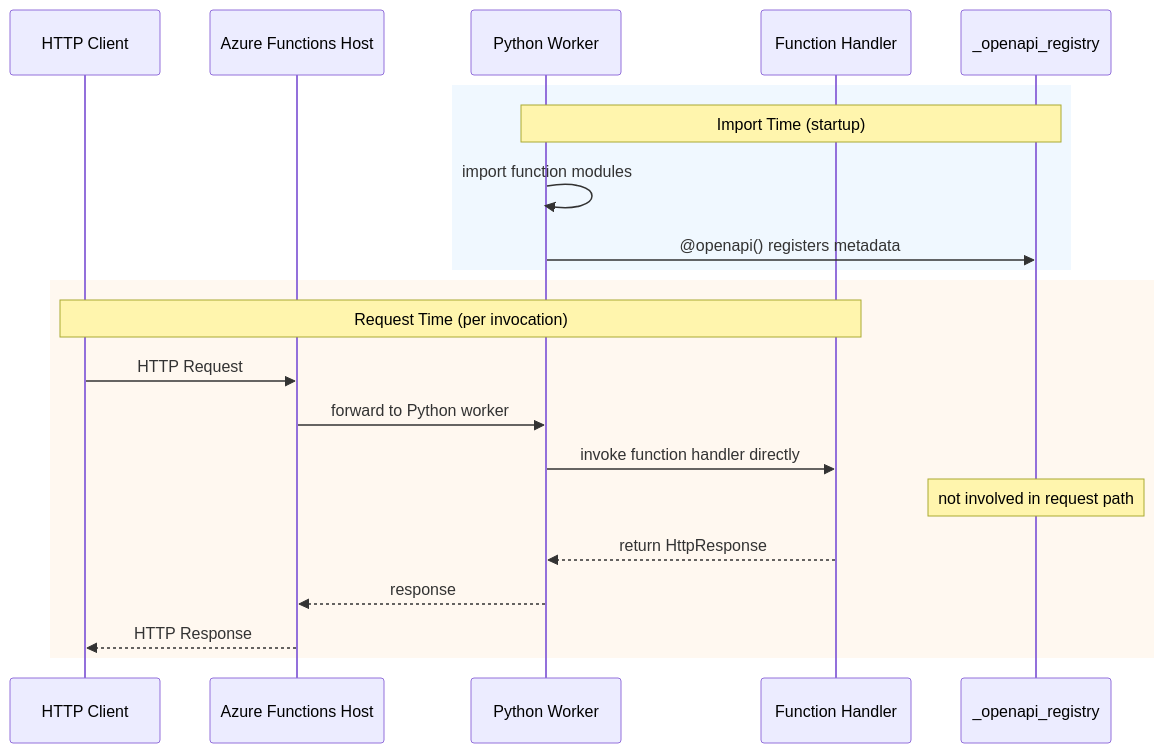
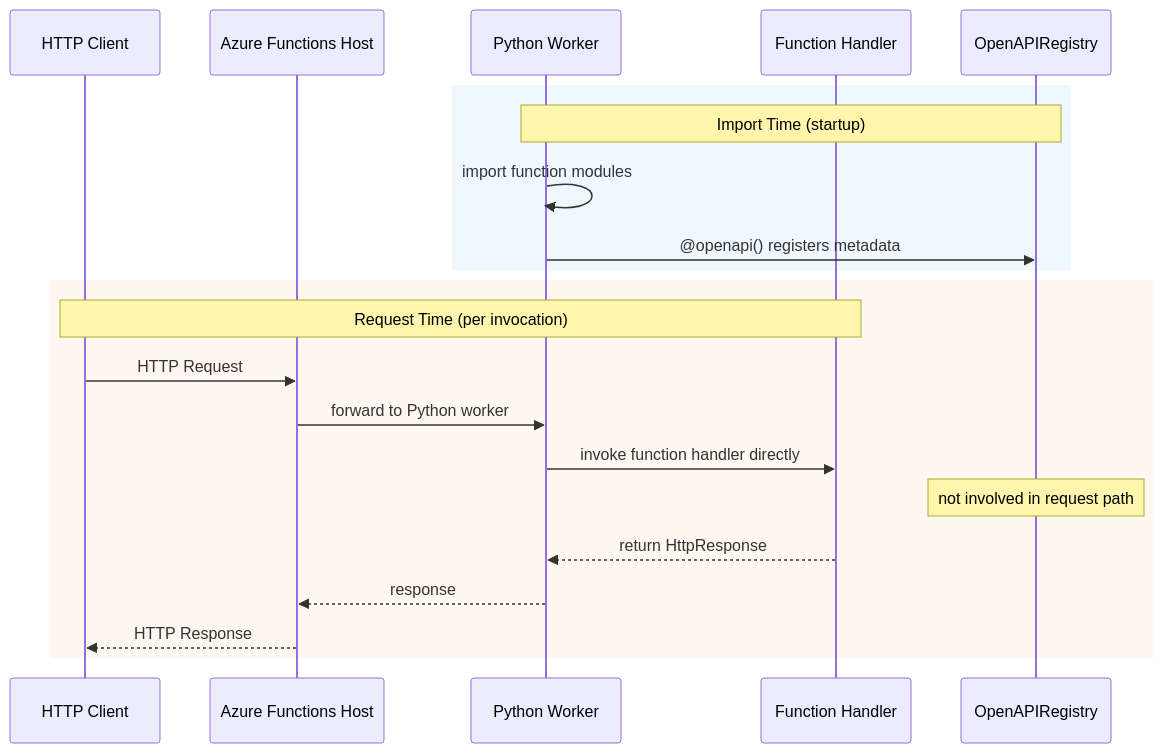
Before and after one commit to yeongseon/azure-functions-openapi-python: the second of 3 diagrams in docs/architecture.md, drawn with Mermaid. The commit also changed other lines of this file, not shown here.

Commit message:
docs: clarify registry ownership and app-scoped discovery

````diff
--- a/docs/architecture.md
+++ b/docs/architecture.md
@@ -59,25 +59,25 @@
 ```mermaid
 sequenceDiagram
     participant Client as HTTP Client
     participant Host as Azure Functions Host
     participant Worker as Python Worker
     participant Handler as Function Handler
-    participant Reg as _openapi_registry
+    participant Reg as OpenAPIRegistry
 
     rect rgb(240, 248, 255)
     note over Worker,Reg: Import Time (startup)
     Worker->>Worker: import function modules
     Worker->>Reg: @openapi() registers metadata
     end
 
     rect rgb(255, 248, 240)
     note over Client,Handler: Request Time (per invocation)
     Client->>Host: HTTP Request
     Host->>Worker: forward to Python worker
     Worker->>Handler: invoke function handler directly
     note over Reg: not involved in request path
     Handler-->>Worker: return HttpResponse
     Worker-->>Host: response
     Host-->>Client: HTTP Response
     end
 ```
````
